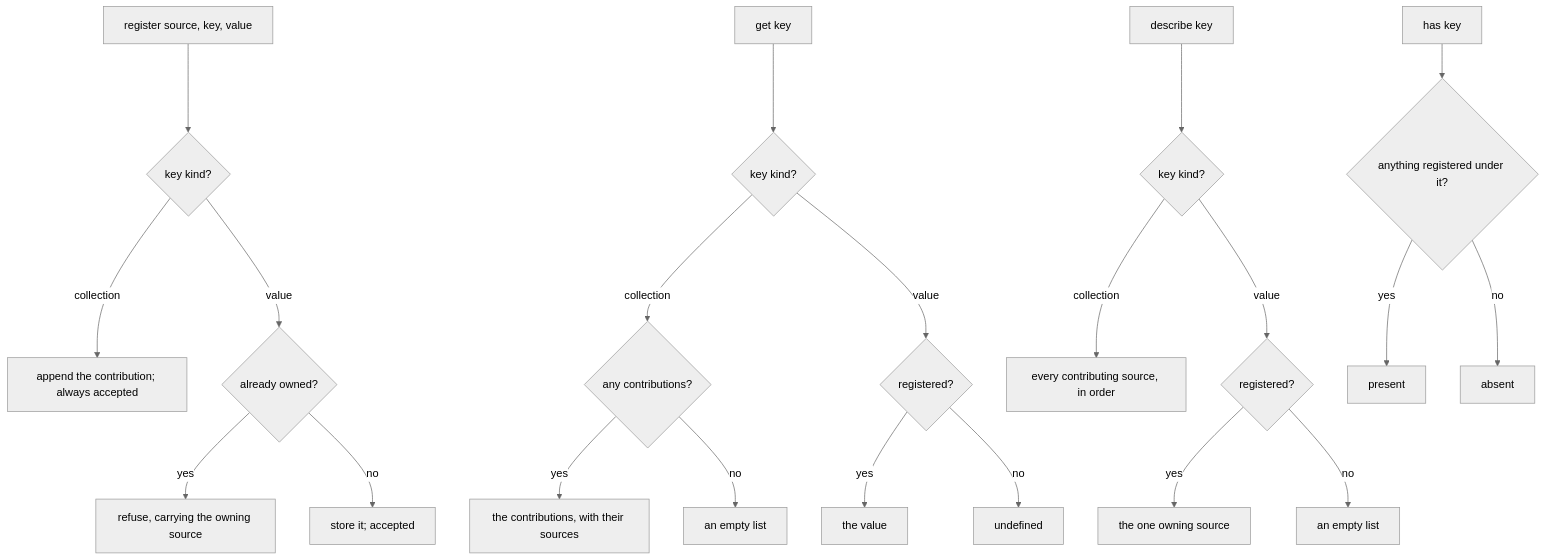
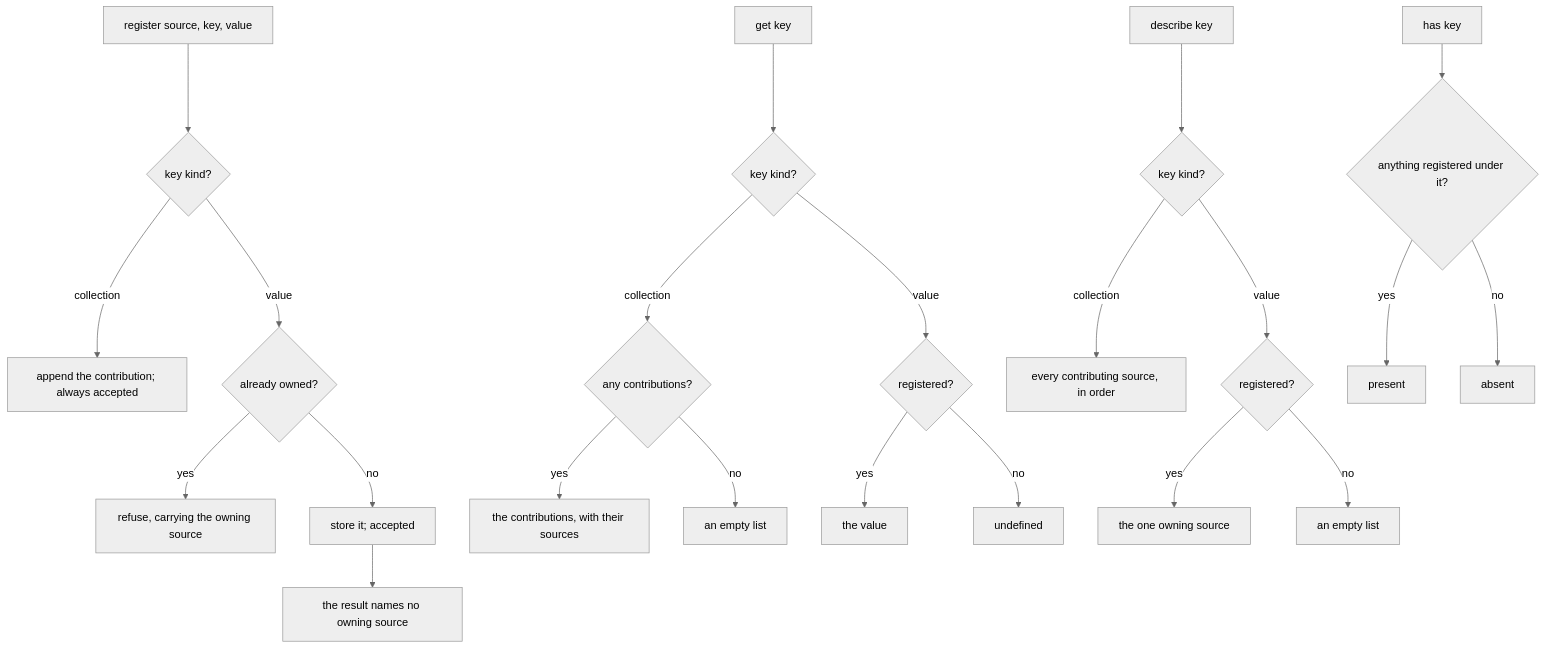
Before and after one commit to clibuilder/clibuilder: the third of 4 diagrams in packages/clibuilder/.agents/spec/plugins/README.md, drawn with Mermaid (neutral theme). The commit also changed other lines of this file and 1 other file, not shown here.

````diff
--- a/packages/clibuilder/.agents/spec/plugins/README.md
+++ b/packages/clibuilder/.agents/spec/plugins/README.md
@@ -189,23 +189,23 @@
 ```mermaid
 graph TD
   R[register source, key, value] --> KIND{key kind?}
   KIND -- collection --> APP[append the contribution; always accepted]
   KIND -- value --> OWN{already owned?}
   OWN -- yes --> REF[refuse, carrying the owning source]
-  OWN -- no --> TAKE[store it; accepted]
+  OWN -- no --> TAKE[store it; accepted] --> TNS[the result names no owning source]
   G[get key] --> GK{key kind?}
   GK -- collection --> GC{any contributions?}
   GC -- yes --> GCL[the contributions, with their sources]
   GC -- no --> GE[an empty list]
   GK -- value --> GV{registered?}
   GV -- yes --> GVV[the value]
   GV -- no --> GU[undefined]
   D[describe key] --> DK{key kind?}
   DK -- collection --> DC[every contributing source, in order]
   DK -- value --> DV{registered?}
   DV -- yes --> DVS[the one owning source]
   DV -- no --> DE[an empty list]
   H[has key] --> HR{anything registered under it?}
   HR -- yes --> HT[present]
   HR -- no --> HF[absent]
 ```
````
